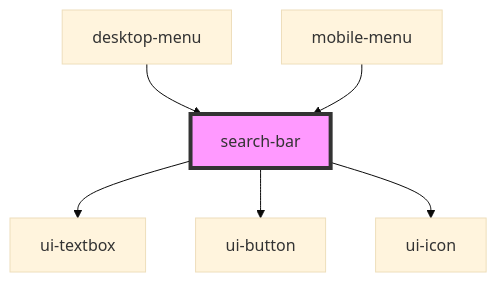
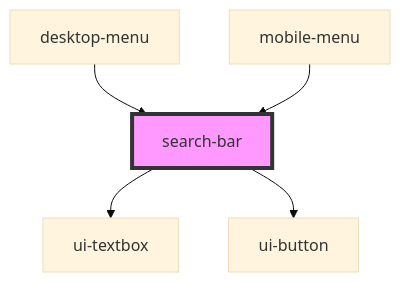
Before and after one commit to ankitghanekar-hcl/ui-shared-web-components: the diagram in src/components/avon-header/search-bar/readme.md, drawn with Mermaid (base theme). The commit also changed other lines of this file and 6 other files, not shown here.

````diff
--- a/src/components/avon-header/search-bar/readme.md
+++ b/src/components/avon-header/search-bar/readme.md
@@ -20,9 +19,8 @@
 ```mermaid
 graph TD;
   search-bar --> ui-textbox
   search-bar --> ui-button
-  search-bar --> ui-icon
   desktop-menu --> search-bar
   mobile-menu --> search-bar
   style search-bar fill:#f9f,stroke:#333,stroke-width:4px
 ```
````
